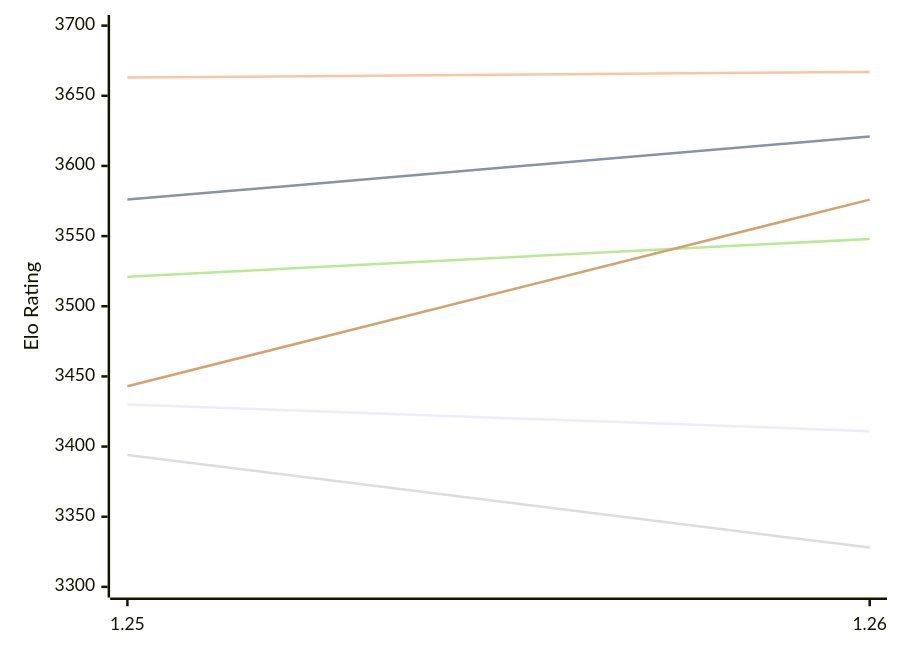
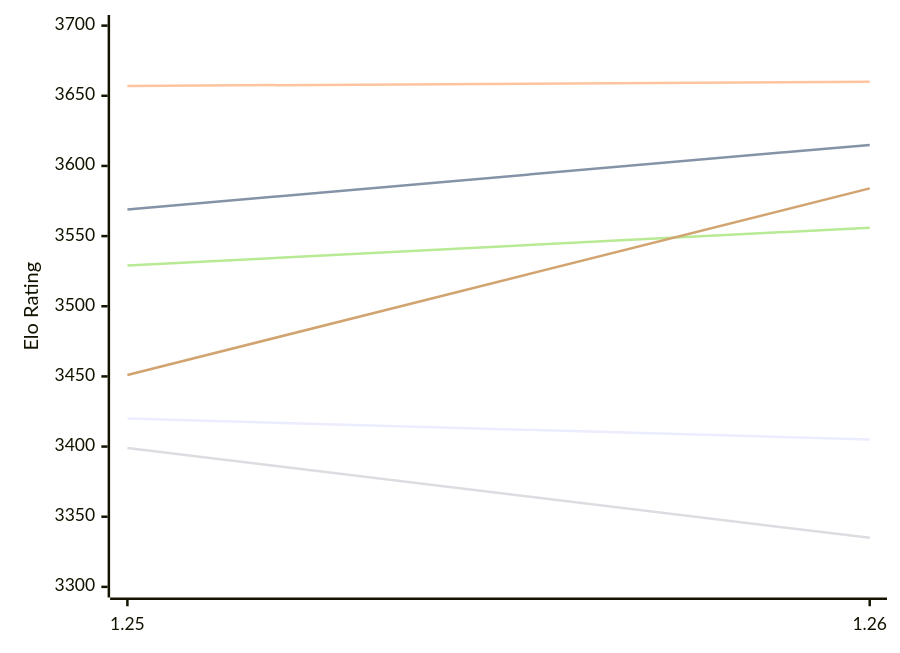
The first of 2 diagrams in engines/Caissa.md (computer-chess-index/cci), drawn with Mermaid before and after one commit. The commit also changed other lines of this file, not shown here.

Commit message:
Update CCI Ratings (ELO VLTC) - 2026-11-18

````diff
--- a/engines/Caissa.md
+++ b/engines/Caissa.md
@@ -56,12 +56,12 @@
 ```mermaid
 %%{init: {"theme":"base","themeVariables":{"seriesColors:['#a3a3a3','#222221','#faa371']}}}%%
 xychart-beta
   x-axis ["1.25", "1.26"]
   y-axis "Elo Rating" 3300 --> 3700
-  line "E1: STC (8.0+0.08s)" [3430, 3411]
-  line "E1: LTC (60.0+0.60s)" [3576, 3621]
-  line "E1: VLTC (2m24s+1.12s)" [3663, 3667]
-  line "P1: STC (8.0+0.08s)" [3394, 3328]
-  line "P1: LTC (60.0+0.60s)" [3521, 3548]
-  line "P1: VLTC (2m24s+1.12s)" [3443, 3576]
+  line "E1: STC (8.0+0.08s)" [3420, 3405]
+  line "E1: LTC (60.0+0.60s)" [3569, 3615]
+  line "E1: VLTC (2m24s+1.12s)" [3657, 3660]
+  line "P1: STC (8.0+0.08s)" [3399, 3335]
+  line "P1: LTC (60.0+0.60s)" [3529, 3556]
+  line "P1: VLTC (2m24s+1.12s)" [3451, 3584]
 ```
````
